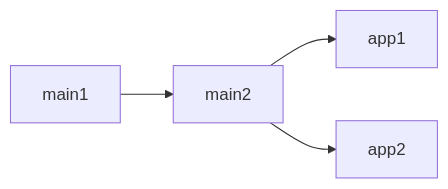
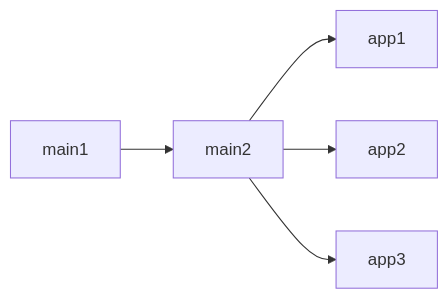
Before and after one commit to cai525/electromagnetic_field_demo: the diagram in README.md, drawn with Mermaid. The commit also changed other lines of this file, not shown here.

````diff
--- a/README.md
+++ b/README.md
@@ -9,6 +9,7 @@
  ```mermaid
 graph LR
 A[main1] -->B[main2]
 B --> C[app1]
 B --> D[app2]
+B --> E[app3]
 ```
````
